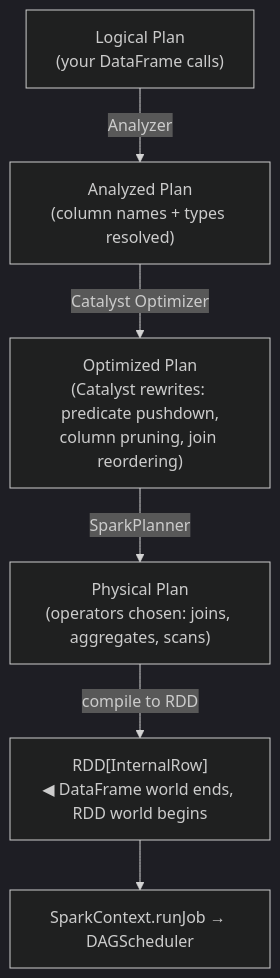
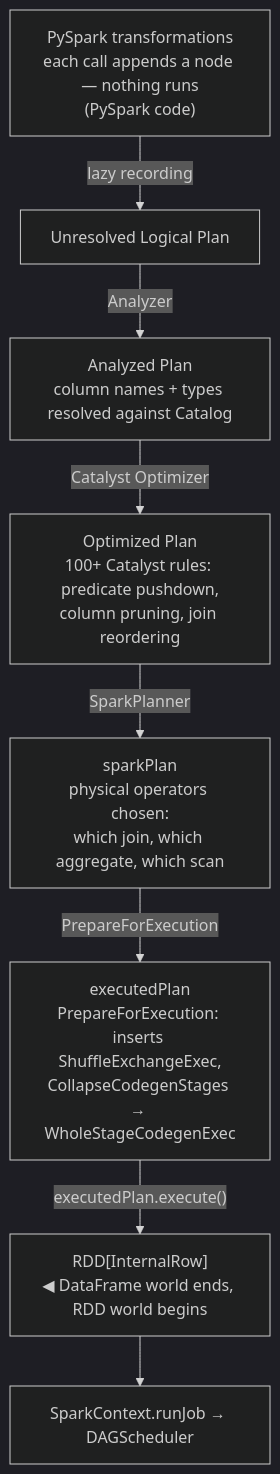
One commit to arindamchoudhury/spark-gyan changed the seventh of 18 diagrams in docs/spark-book/ch02-spark-architecture.md. Above: the diagram before and after it, drawn with Mermaid (dark theme). The commit also changed other lines of this file, not shown here.

Commit message:
fix: ch02 — expand Stage 1 diagram to full pipeline; fix 'other four' typo
Stage 1 diagram now shows the complete compilation chain:
PySpark code → Unresolved LP → Analyzed LP → Optimized LP →
sparkPlan → executedPlan → RDD[InternalRow] → DAGScheduler.

Also fixes 'the other four' → 'the other three' (pipeline has 4 phases
total, so PrepareForExecution differs from the other three, not four).

````diff
--- a/docs/spark-book/ch02-spark-architecture.md
+++ b/docs/spark-book/ch02-spark-architecture.md
@@ -569,11 +569,19 @@
 ```mermaid
 flowchart TD
-    A["Logical Plan\n(your DataFrame calls)"]
-    B["Analyzed Plan\n(column names + types resolved)"]
-    D["Optimized Plan\n(Catalyst rewrites: predicate pushdown,\ncolumn pruning, join reordering)"]
-    E["Physical Plan\n(operators chosen: joins, aggregates, scans)"]
-    G["RDD[InternalRow]\n◀ DataFrame world ends, RDD world begins"]
-    H["SparkContext.runJob → DAGScheduler"]
+    PY["PySpark transformations\neach call appends a node — nothing runs\n(PySpark code)"]
+    ULP["Unresolved Logical Plan"]
+    ALP["Analyzed Plan\ncolumn names + types resolved against Catalog"]
+    OLP["Optimized Plan\n100+ Catalyst rules: predicate pushdown,\ncolumn pruning, join reordering"]
+    SP["sparkPlan\nphysical operators chosen:\nwhich join, which aggregate, which scan"]
+    EP["executedPlan\nPrepareForExecution: inserts ShuffleExchangeExec,\nCollapseCodegenStages → WholeStageCodegenExec"]
+    RDD["RDD[InternalRow]\n◀ DataFrame world ends, RDD world begins"]
+    SC["SparkContext.runJob → DAGScheduler"]
 
-    A -->|"Analyzer"| B -->|"Catalyst Optimizer"| D -->|"SparkPlanner"| E -->|"compile to RDD"| G --> H
+    PY -->|"lazy recording"| ULP
+    ULP -->|"Analyzer"| ALP
+    ALP -->|"Catalyst Optimizer"| OLP
+    OLP -->|"SparkPlanner"| SP
+    SP -->|"PrepareForExecution"| EP
+    EP -->|"executedPlan.execute()"| RDD
+    RDD --> SC
 ```
````
